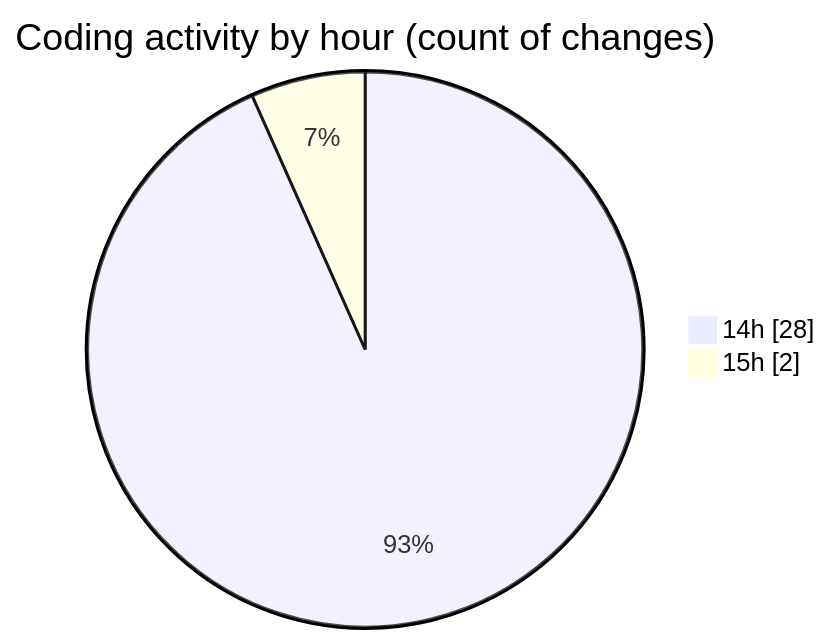
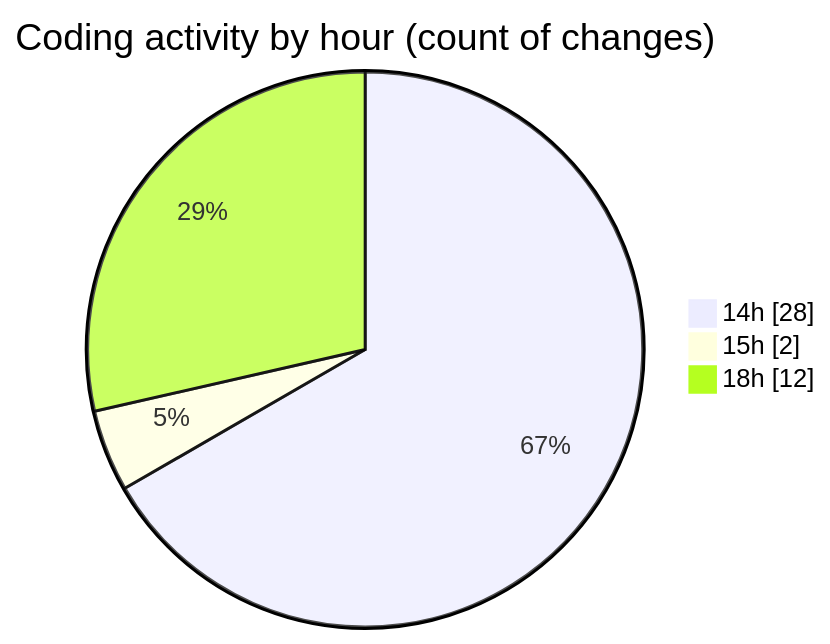
One commit to donsfak/code-tracking changed the second of 2 diagrams in 2025-10-31/weather_insights_app/README.md. Above: the diagram before and after it, drawn with Mermaid. The commit also changed other lines of this file and 1 other file, not shown here.

````diff
--- a/2025-10-31/weather_insights_app/README.md
+++ b/2025-10-31/weather_insights_app/README.md
@@ -45,6 +45,7 @@
 ```mermaid
 pie showData
 title Coding activity by hour (count of changes)
 "14h" : 28
 "15h" : 2
+"18h" : 12
 ```
````
